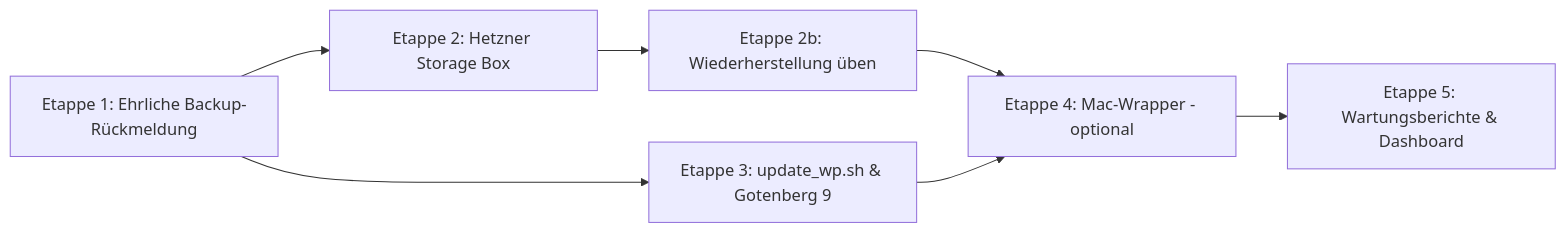
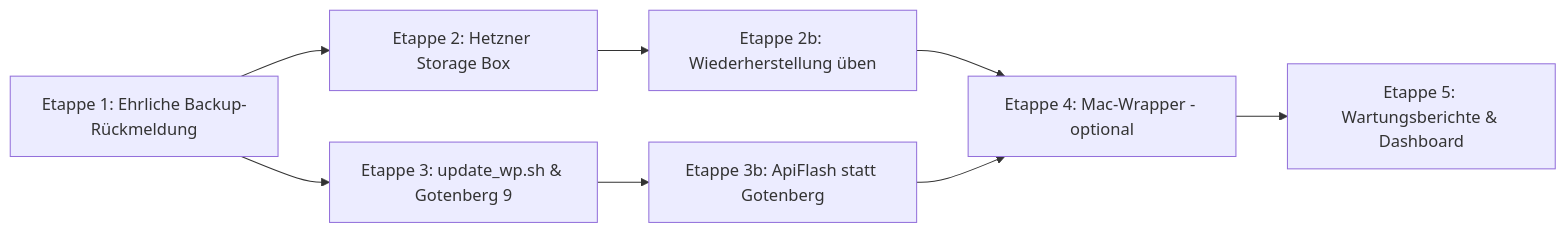
The diagram in ROADMAP.md (livelongandprosper/gw_backup_script_bash), drawn with Mermaid before and after one commit. The commit also changed other lines of this file and 1 other file, not shown here.

First line of the commit message:
Plane Umstellung des Screenshot-Dienstes auf ApiFlash

````diff
--- a/ROADMAP.md
+++ b/ROADMAP.md
@@ -95,9 +95,10 @@
 ```mermaid
 graph LR
     E1[Etappe 1: Ehrliche Backup-Rückmeldung] --> E2[Etappe 2: Hetzner Storage Box]
     E2 --> E2b[Etappe 2b: Wiederherstellung üben]
     E1 --> E3[Etappe 3: update_wp.sh & Gotenberg 9]
+    E3 --> E3b[Etappe 3b: ApiFlash statt Gotenberg]
     E2b --> E4[Etappe 4: Mac-Wrapper - optional]
-    E3 --> E4
+    E3b --> E4
     E4 --> E5[Etappe 5: Wartungsberichte & Dashboard]
 ```
````
